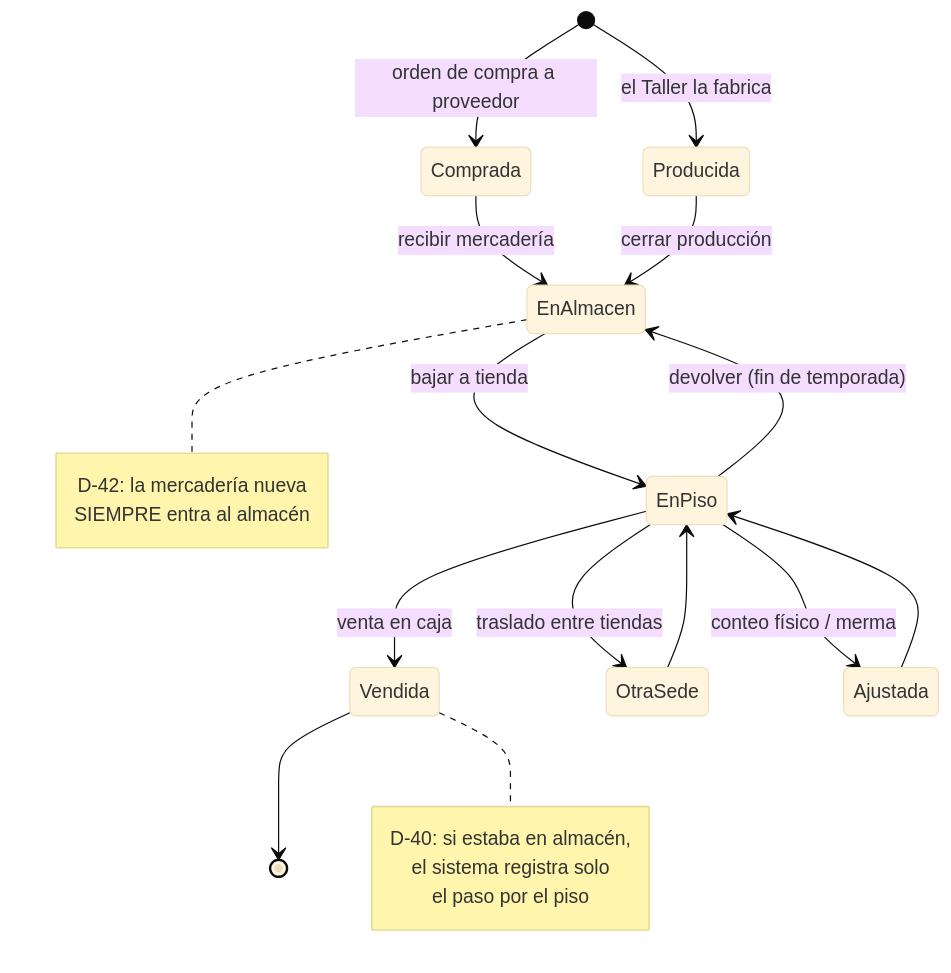
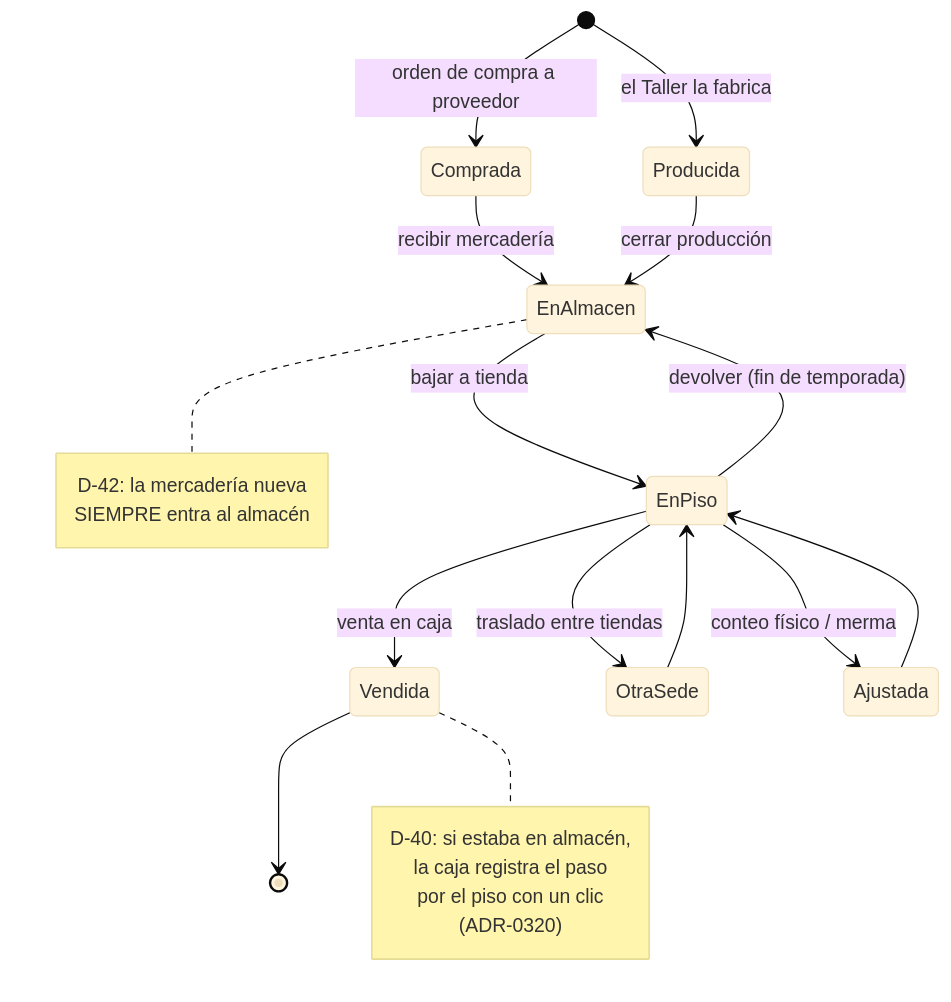
Before and after one commit to felipea92p-ux/cayla-retail: the third of 3 diagrams in docs/datos/00-MAPA.md, drawn with Mermaid (base theme). The commit also changed 5 other files, not shown here.

````diff
--- a/docs/datos/00-MAPA.md
+++ b/docs/datos/00-MAPA.md
@@ -221,24 +221,25 @@
 ```mermaid
 stateDiagram-v2
     [*] --> Comprada: orden de compra a proveedor
     [*] --> Producida: el Taller la fabrica
     Comprada --> EnAlmacen: recibir mercadería
     Producida --> EnAlmacen: cerrar producción
     EnAlmacen --> EnPiso: bajar a tienda
     EnPiso --> EnAlmacen: devolver (fin de temporada)
     EnPiso --> Vendida: venta en caja
     EnPiso --> OtraSede: traslado entre tiendas
     OtraSede --> EnPiso
     EnPiso --> Ajustada: conteo físico / merma
     Ajustada --> EnPiso
     Vendida --> [*]
     note right of EnAlmacen
         D-42: la mercadería nueva
         SIEMPRE entra al almacén
     end note
     note right of Vendida
         D-40: si estaba en almacén,
-        el sistema registra solo
-        el paso por el piso
+        la caja registra el paso
+        por el piso con un clic
+        (ADR-0320)
     end note
 ```
````
